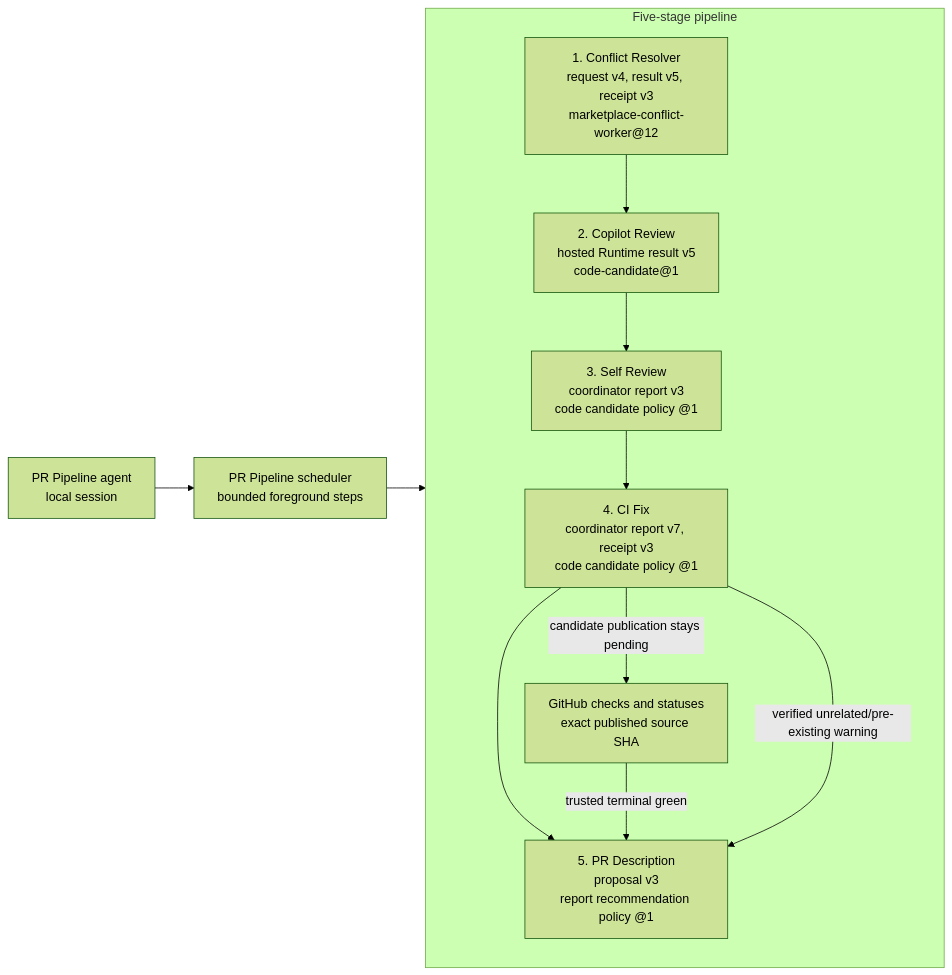
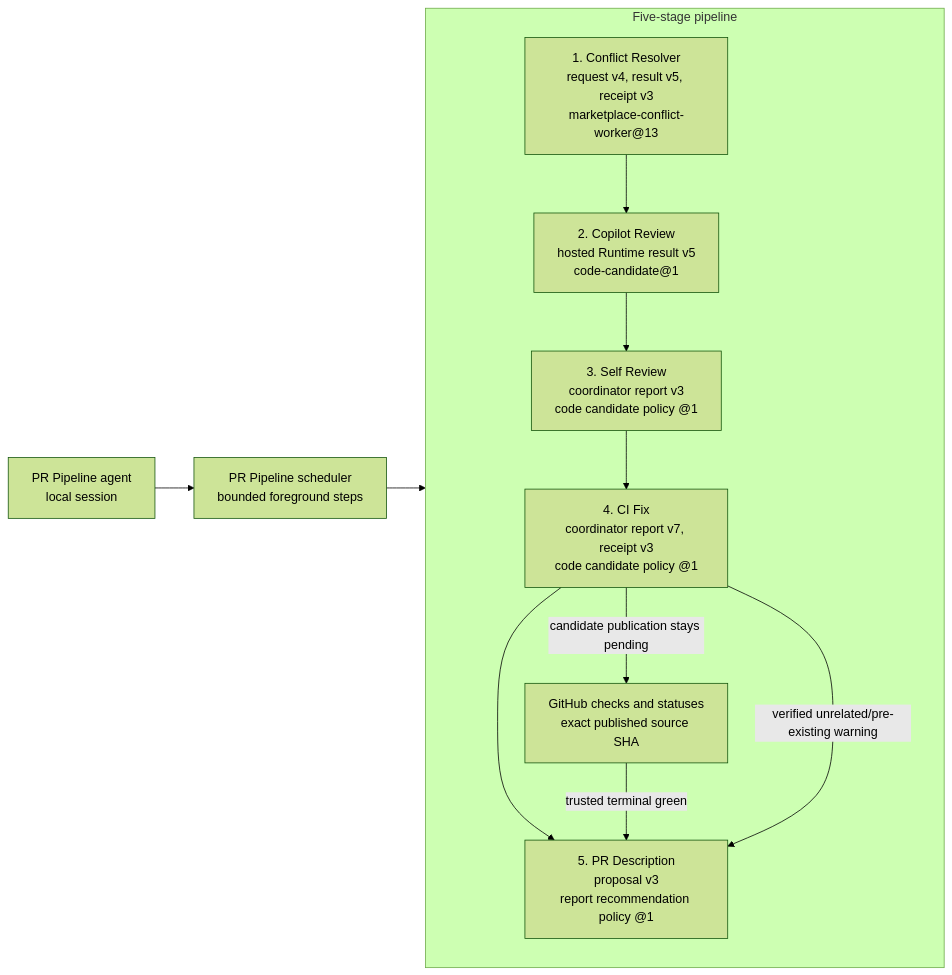
The diagram in plugins/pr-pipeline/README.md (trask/copilot-plugins), drawn with Mermaid (forest theme) before and after one commit. The commit also changed other lines of this file and 8 other files, not shown here.

````diff
--- a/plugins/pr-pipeline/README.md
+++ b/plugins/pr-pipeline/README.md
@@ -5,23 +5,23 @@
 ```mermaid
 flowchart LR
     agent["PR Pipeline agent<br/>local session"]
     scheduler["PR Pipeline scheduler<br/>bounded foreground steps"]
     agent --> scheduler
 
     subgraph pipeline["Five-stage pipeline"]
         direction TB
-        conflict["1. Conflict Resolver<br/>request v4, result v5, receipt v3<br/>marketplace-conflict-worker@12"]
+        conflict["1. Conflict Resolver<br/>request v4, result v5, receipt v3<br/>marketplace-conflict-worker@13"]
         copilotReview["2. Copilot Review<br/>hosted Runtime result v5<br/>code-candidate@1"]
         selfReview["3. Self Review<br/>coordinator report v3<br/>code candidate policy @1"]
         ci["4. CI Fix<br/>coordinator report v7, receipt v3<br/>code candidate policy @1"]
         description["5. PR Description<br/>proposal v3<br/>report recommendation policy @1"]
         checks["GitHub checks and statuses<br/>exact published source SHA"]
 
         conflict --> copilotReview --> selfReview --> ci --> description
         ci -->|"candidate publication stays pending"| checks
         checks -->|"trusted terminal green"| description
         ci -->|"verified unrelated/pre-existing warning"| description
     end
 
     scheduler --> conflict
 ```
````
